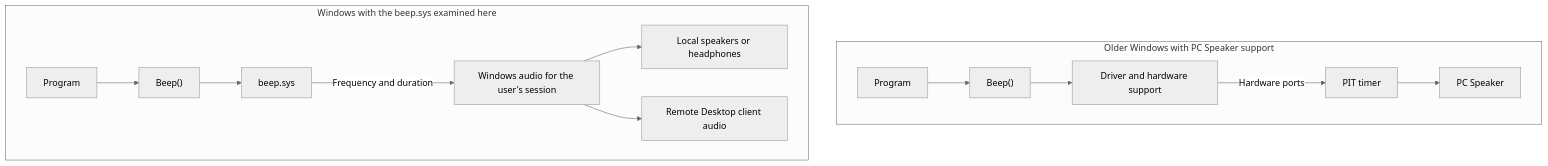
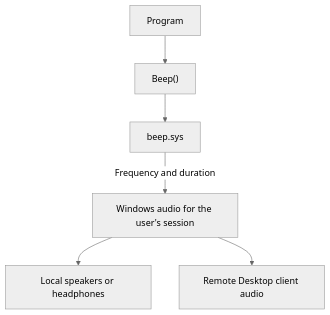
The second of 2 diagrams in README.md (MaciejMax/beep-sys-inside), drawn with Mermaid (neutral theme) before and after one commit. The commit also changed other lines of this file and 1 other file, not shown here.

Commit message:
Add MIT license and stack audio diagrams vertically

````diff
--- a/README.md
+++ b/README.md
@@ -11,19 +24,9 @@
 ```mermaid
-flowchart TB
-    subgraph older [Older Windows with PC Speaker support]
-        direction LR
-        oldApp[Program] --> oldBeep["Beep()"]
-        oldBeep --> oldDriver[Driver and hardware support]
-        oldDriver -->|Hardware ports| pit[PIT timer]
-        pit --> pcSpeaker[PC Speaker]
-    end
+flowchart TD
 
-    subgraph current [Windows with the beep.sys examined here]
-        direction LR
         app[Program] --> beep["Beep()"]
         beep --> driver[beep.sys]
         driver -->|Frequency and duration| audio[Windows audio for the user's session]
         audio --> local[Local speakers or headphones]
         audio --> remote[Remote Desktop client audio]
-    end
 ```
````
